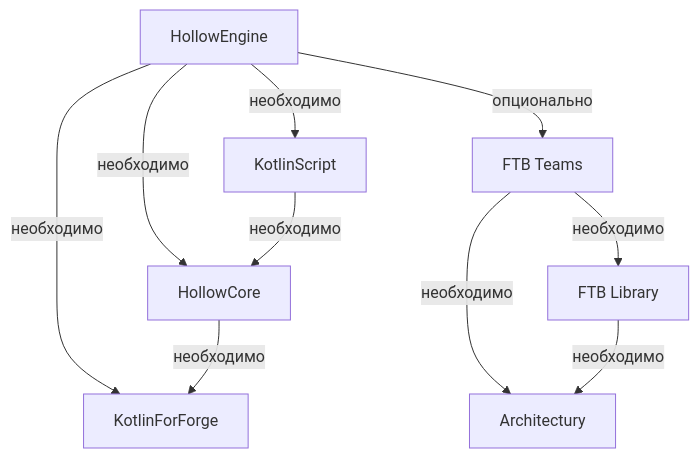
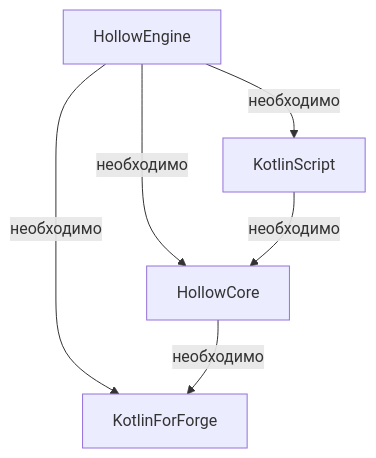
The diagram in i18n/ru/docusaurus-plugin-content-docs/current/hollowengine/2-begin/1-requirement.mdx (0mods/docsweb), drawn with Mermaid before and after one commit. The commit also changed other lines of this file and 26 other files, not shown here.

Commit message:
removing ftb teams

````diff
--- a/i18n/ru/docusaurus-plugin-content-docs/current/hollowengine/2-begin/1-requirement.mdx
+++ b/i18n/ru/docusaurus-plugin-content-docs/current/hollowengine/2-begin/1-requirement.mdx
@@ -9,18 +9,12 @@
 ```mermaid
 graph TD;
   HE[HollowEngine]; HC[HollowCore]; KFF[KotlinForForge]; KS[KotlinScript];
-  FTBT[FTB Teams]; FTBL[FTB Library]; Arc[Architectury];
   
   HE-->|необходимо|KS;
   HE-->|необходимо|KFF;
   HE-->|необходимо|HC;
-  HE-->|опционально|FTBT;
 
   KS-->|необходимо|HC;
 
   HC-->|необходимо|KFF;
-
-  FTBT-->|необходимо|FTBL;
-  FTBT-->|необходимо|Arc;
-  FTBL-->|необходимо|Arc;
 ```
````
